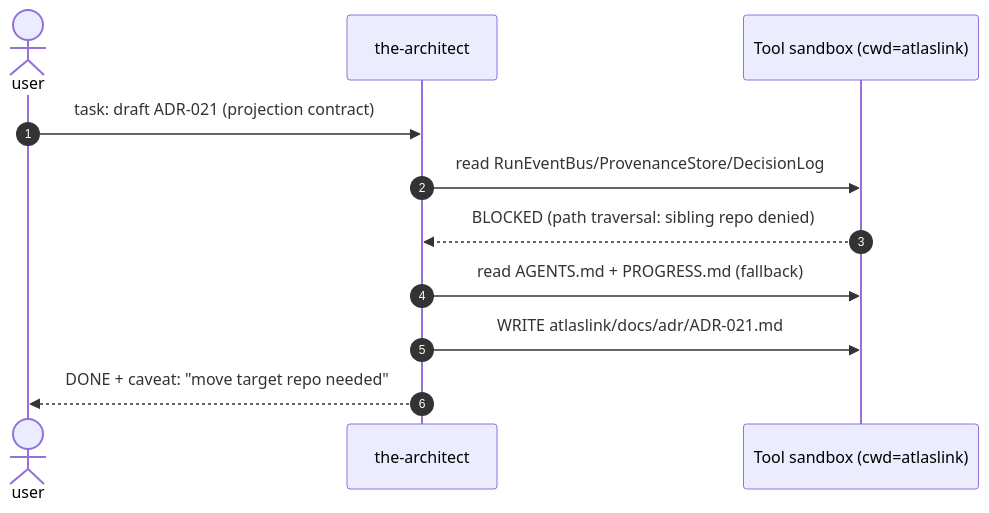
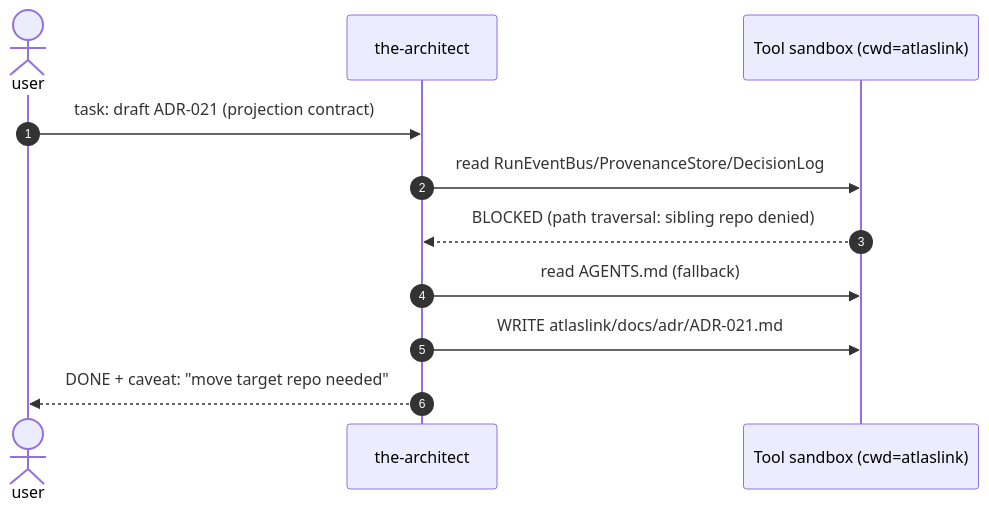
The second of 6 diagrams in docs/sequence-diagrams-evidence.md (fworks-tech/atlaslink), drawn with Mermaid before and after one commit. The commit also changed 2 other files, not shown here.

Commit message:
chore(docs): remove stale PROGRESS.md, rely on issue tracker (#411)

````diff
--- a/docs/sequence-diagrams-evidence.md
+++ b/docs/sequence-diagrams-evidence.md
@@ -67,14 +67,14 @@
 ```mermaid
 sequenceDiagram
     autonumber
     actor user
     participant arch as the-architect
     participant tools as Tool sandbox (cwd=atlaslink)
 
     user->>arch: task: draft ADR-021 (projection contract)
     arch->>tools: read RunEventBus/ProvenanceStore/DecisionLog
     tools-->>arch: BLOCKED (path traversal: sibling repo denied)
-    arch->>tools: read AGENTS.md + PROGRESS.md (fallback)
+    arch->>tools: read AGENTS.md (fallback)
     arch->>tools: WRITE atlaslink/docs/adr/ADR-021.md
     arch-->>user: DONE + caveat: "move target repo needed"
 ```
````
